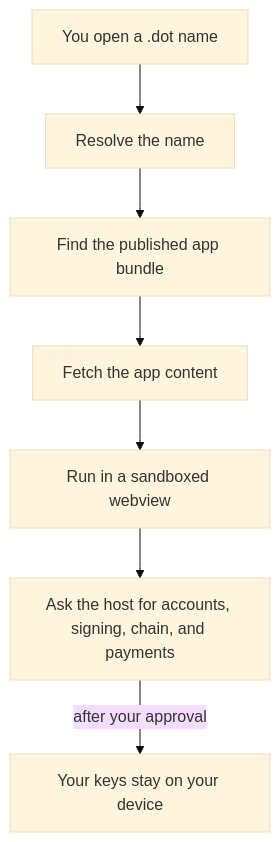
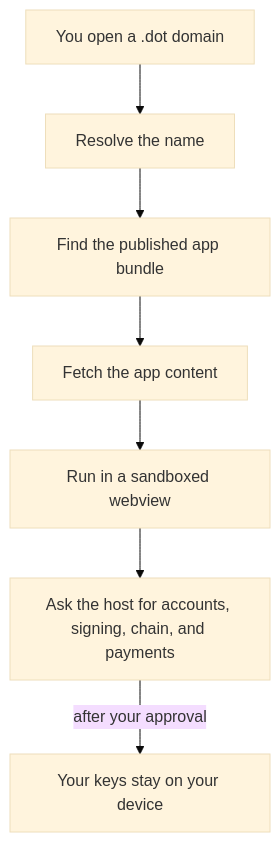
The diagram in docs/guides/discover-and-open-apps.md (Polkadot-Community-Foundation/polkadot-app-docs), drawn with Mermaid (base theme) before and after one commit. The commit also changed other lines of this file and 31 other files, not shown here.

````diff
--- a/docs/guides/discover-and-open-apps.md
+++ b/docs/guides/discover-and-open-apps.md
@@ -69,9 +78,9 @@
 ```mermaid
 flowchart TD
-  U[You open a .dot name] --> R[Resolve the name]
+  U[You open a .dot domain] --> R[Resolve the name]
   R --> C[Find the published app bundle]
   C --> A[Fetch the app content]
   A --> S[Run in a sandboxed webview]
   S --> H[Ask the host for accounts, signing, chain, and payments]
   H -->|after your approval| K[Your keys stay on your device]
 ```
````
